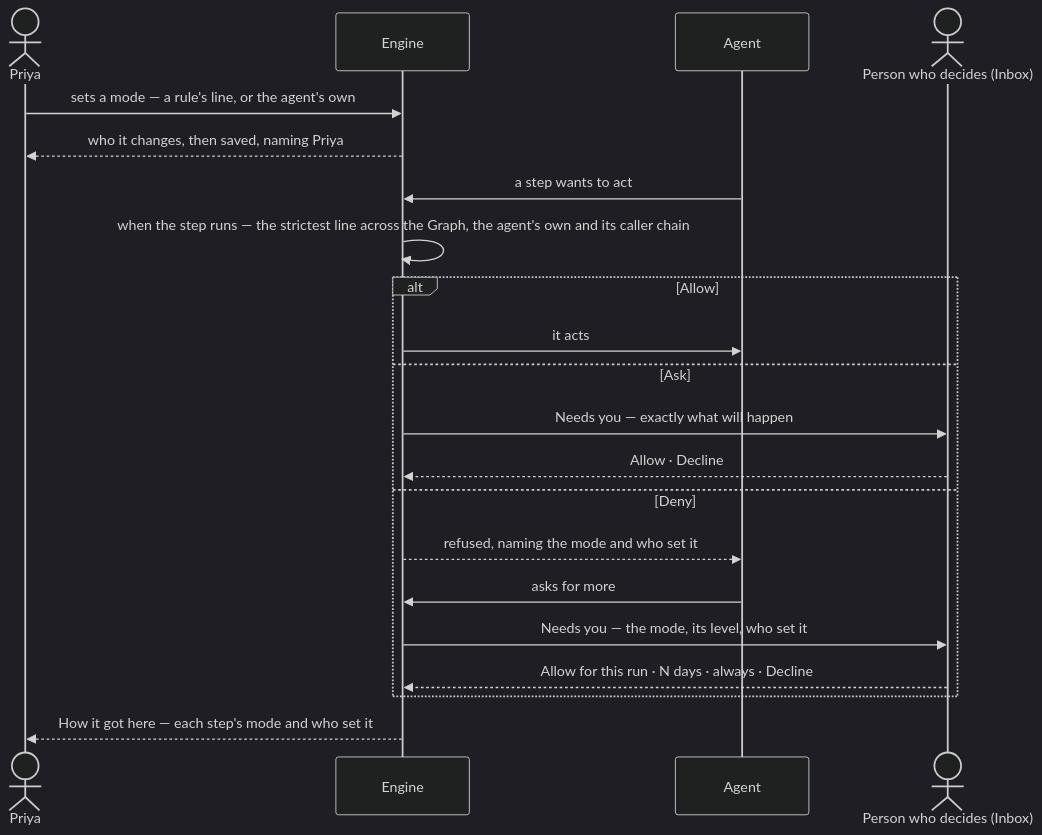
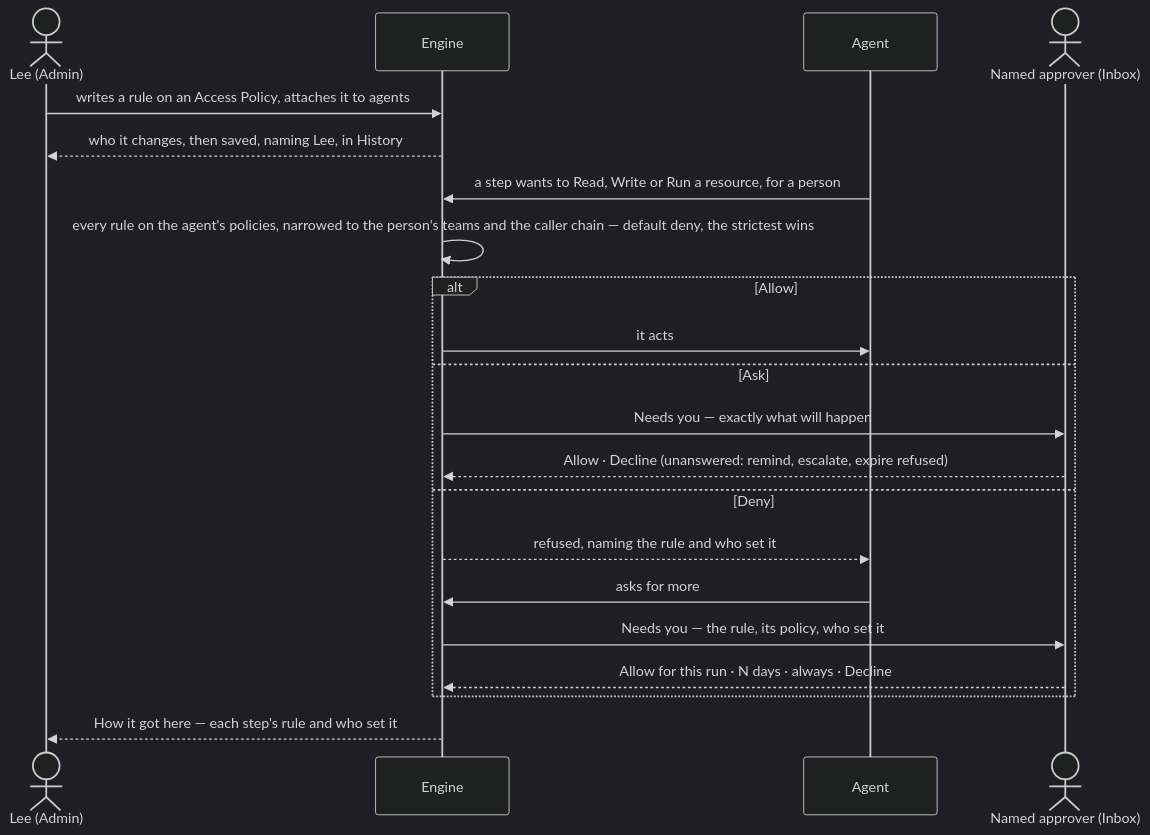
One commit to invana/invana changed the second of 2 diagrams in specs/journeys/J06-set-what-an-agent-may-touch.md. Above: the diagram before and after it, drawn with Mermaid (dark theme). The commit also changed other lines of this file and 522 other files, not shown here.

First line of the commit message:
feat(specs): specs-planes — Access, Control, Agents, Evidence and Ontology planes

````diff
--- a/specs/journeys/J06-set-what-an-agent-may-touch.md
+++ b/specs/journeys/J06-set-what-an-agent-may-touch.md
@@ -41,23 +42,23 @@
 ```mermaid
 sequenceDiagram
-  actor P as Priya
+  actor L as Lee (Admin)
   participant E as Engine
   participant A as Agent
-  actor D as Person who decides (Inbox)
-  P->>E: sets a mode — a rule's line, or the agent's own
-  E-->>P: who it changes, then saved, naming Priya
-  A->>E: a step wants to act
-  E->>E: when the step runs — the strictest line across the Graph, the agent's own and its caller chain
+  actor D as Named approver (Inbox)
+  L->>E: writes a rule on an Access Policy, attaches it to agents
+  E-->>L: who it changes, then saved, naming Lee, in History
+  A->>E: a step wants to Read, Write or Run a resource, for a person
+  E->>E: every rule on the agent's policies, narrowed to the person's teams and the caller chain — default deny, the strictest wins
   alt Allow
     E->>A: it acts
   else Ask
     E->>D: Needs you — exactly what will happen
-    D-->>E: Allow · Decline
+    D-->>E: Allow · Decline (unanswered: remind, escalate, expire refused)
   else Deny
-    E-->>A: refused, naming the mode and who set it
+    E-->>A: refused, naming the rule and who set it
     A->>E: asks for more
-    E->>D: Needs you — the mode, its level, who set it
+    E->>D: Needs you — the rule, its policy, who set it
     D-->>E: Allow for this run · N days · always · Decline
   end
-  E-->>P: How it got here — each step's mode and who set it
+  E-->>L: How it got here — each step's rule and who set it
 ```
````
